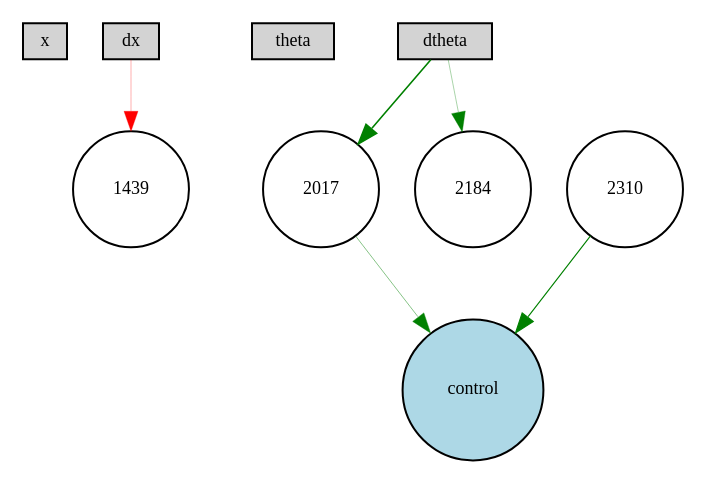
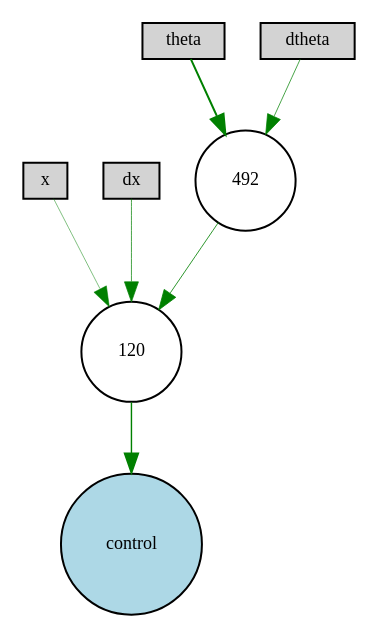
The diagram in examples/single-pole-balancing/winner-feedforward-enabled-pruned.gv (felix0901/NEAT), drawn with Graphviz before and after one commit. The commit also changed 21 other files, not shown here.

```diff
--- a/examples/single-pole-balancing/winner-feedforward-enabled-pruned.gv
+++ b/examples/single-pole-balancing/winner-feedforward-enabled-pruned.gv
@@ -1,15 +1,16 @@
 digraph {
 	node [fontsize=9 height=0.2 shape=circle width=0.2]
 	x [fillcolor=lightgray shape=box style=filled]
 	dx [fillcolor=lightgray shape=box style=filled]
 	theta [fillcolor=lightgray shape=box style=filled]
 	dtheta [fillcolor=lightgray shape=box style=filled]
 	control [fillcolor=lightblue style=filled]
-	2017 [fillcolor=white style=filled]
-	2310 [fillcolor=white style=filled]
-	dx -> 1439 [color=red penwidth=0.1568837049507772 style=solid]
-	dtheta -> 2017 [color=green penwidth=0.8047323853698989 style=solid]
-	2017 -> control [color=green penwidth=0.24266026298012347 style=solid]
-	dtheta -> 2184 [color=green penwidth=0.16547266893453494 style=solid]
-	2310 -> control [color=green penwidth=0.5600302436273658 style=solid]
+	492 [fillcolor=white style=filled]
+	120 [fillcolor=white style=filled]
+	120 -> control [color=green penwidth=0.7116546684830001 style=solid]
+	x -> 120 [color=green penwidth=0.2535057517298861 style=solid]
+	dx -> 120 [color=green penwidth=0.3632057701957695 style=solid]
+	dtheta -> 492 [color=green penwidth=0.35750629966161207 style=solid]
+	492 -> 120 [color=green penwidth=0.4144506222021679 style=solid]
+	theta -> 492 [color=green penwidth=0.9930993597949437 style=solid]
 }
```
